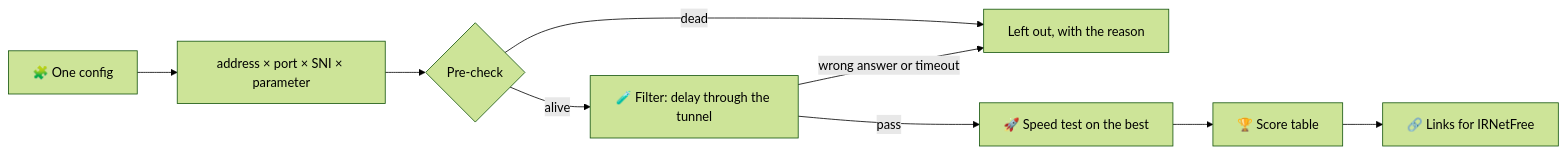
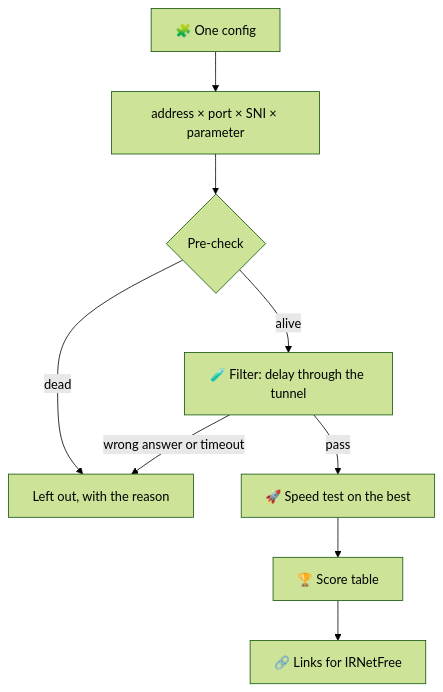
The diagram in README.en.md (sadrazkh/Irnetfree_xray-client-plus), drawn with Mermaid (forest theme) before and after one commit. The commit also changed 1 other file, not shown here.

Commit message:
README: the credits line reads right to left, and the scan's picture is tall enough to read

````diff
--- a/README.en.md
+++ b/README.en.md
@@ -186,11 +186,11 @@
 ```mermaid
-flowchart LR
+flowchart TD
     A["🧩 One config"] --> B["address × port × SNI × parameter"]
     B --> C{"Pre-check"}
     C -->|"dead"| X["Left out, with the reason"]
     C -->|"alive"| D["🧪 Filter: delay through the tunnel"]
     D -->|"wrong answer or timeout"| X
     D -->|"pass"| E["🚀 Speed test on the best"]
     E --> F["🏆 Score table"]
     F --> G["🔗 Links for IRNetFree"]
 ```
````
